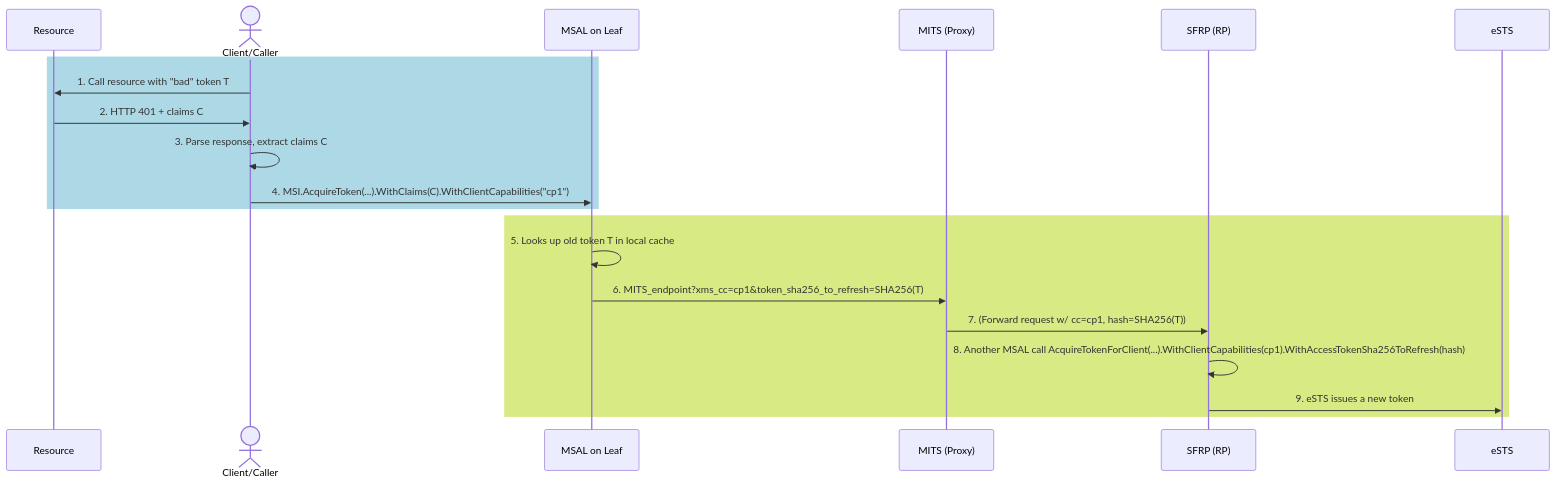
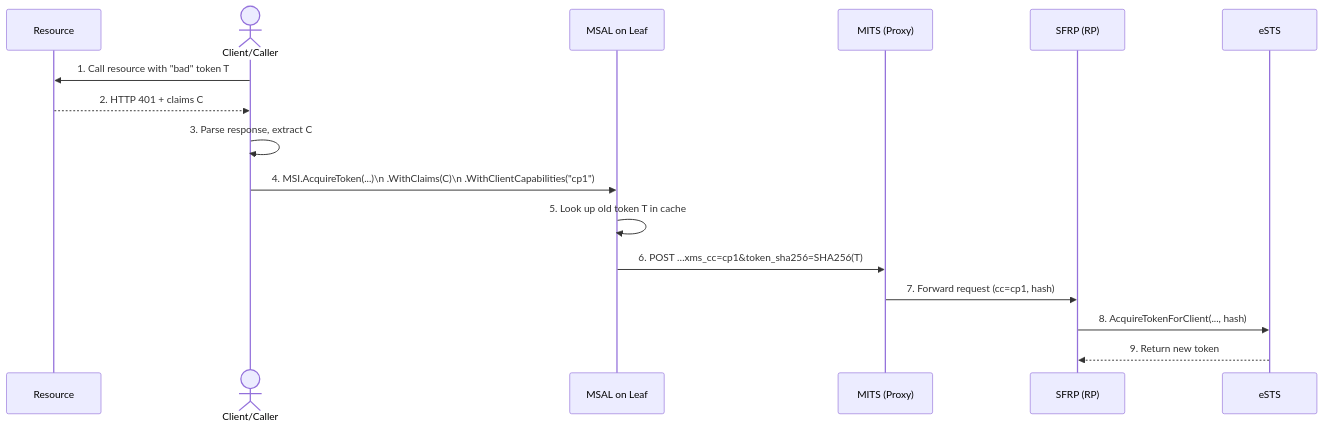
The first of 2 diagrams in docs/msiv1_token_revocation.md (AzureAD/microsoft-authentication-library-for-dotnet), drawn with Mermaid before and after one commit. The commit also changed other lines of this file, not shown here.

````diff
--- a/docs/msiv1_token_revocation.md
+++ b/docs/msiv1_token_revocation.md
@@ -13,24 +13,22 @@
 ```mermaid
 sequenceDiagram
     participant Resource
     actor CX as Client/Caller
     participant MSAL as MSAL on Leaf
     participant MITS as MITS (Proxy)
     participant SFRP as SFRP (RP)
     participant eSTS
 
-rect rgb(173, 216, 230)
+    %% ───────── Client detects revocation ─────────
     CX->>Resource: 1. Call resource with "bad" token T
-    Resource->>CX: 2. HTTP 401 + claims C
-    CX->>CX: 3. Parse response, extract claims C
-    CX->>MSAL: 4. MSI.AcquireToken(...).WithClaims(C).WithClientCapabilities("cp1")
-end
+    Resource-->>CX: 2. HTTP 401 + claims C
+    CX->>CX: 3. Parse response, extract C
+    CX->>MSAL: 4. MSI.AcquireToken(...)\n   .WithClaims(C)\n   .WithClientCapabilities("cp1")
 
-rect rgb(215, 234, 132)
-    MSAL->>MSAL: 5. Looks up old token T in local cache
-    MSAL->>MITS: 6. MITS_endpoint?xms_cc=cp1&token_sha256_to_refresh=SHA256(T)
-    MITS->>SFRP: 7. (Forward request w/ cc=cp1, hash=SHA256(T))
-    SFRP->>SFRP: 8. Another MSAL call AcquireTokenForClient(...).WithClientCapabilities(cp1).WithAccessTokenSha256ToRefresh(hash)
-    SFRP->>eSTS: 9. eSTS issues a new token
-end
+    %% ───────── Token refresh path ───────────────
+    MSAL->>MSAL: 5. Look up old token T in cache
+    MSAL->>MITS: 6. POST …xms_cc=cp1&token_sha256=SHA256(T)
+    MITS->>SFRP: 7. Forward request (cc=cp1, hash)
+    SFRP->>eSTS: 8. AcquireTokenForClient(..., hash)
+    eSTS-->>SFRP: 9. Return new token
 ```
````
